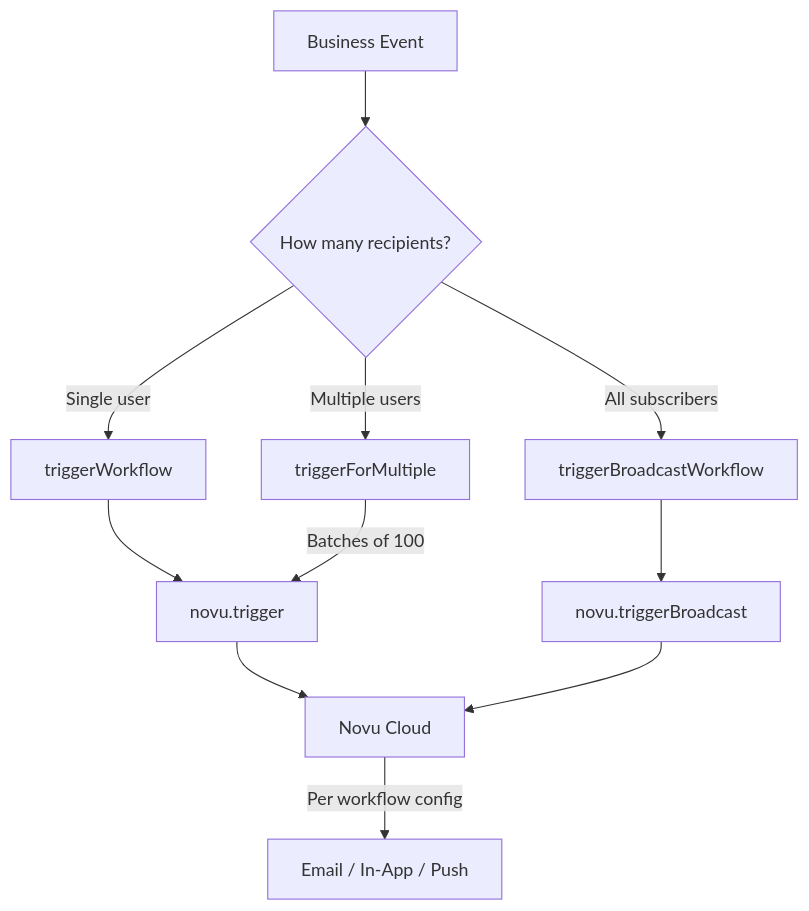
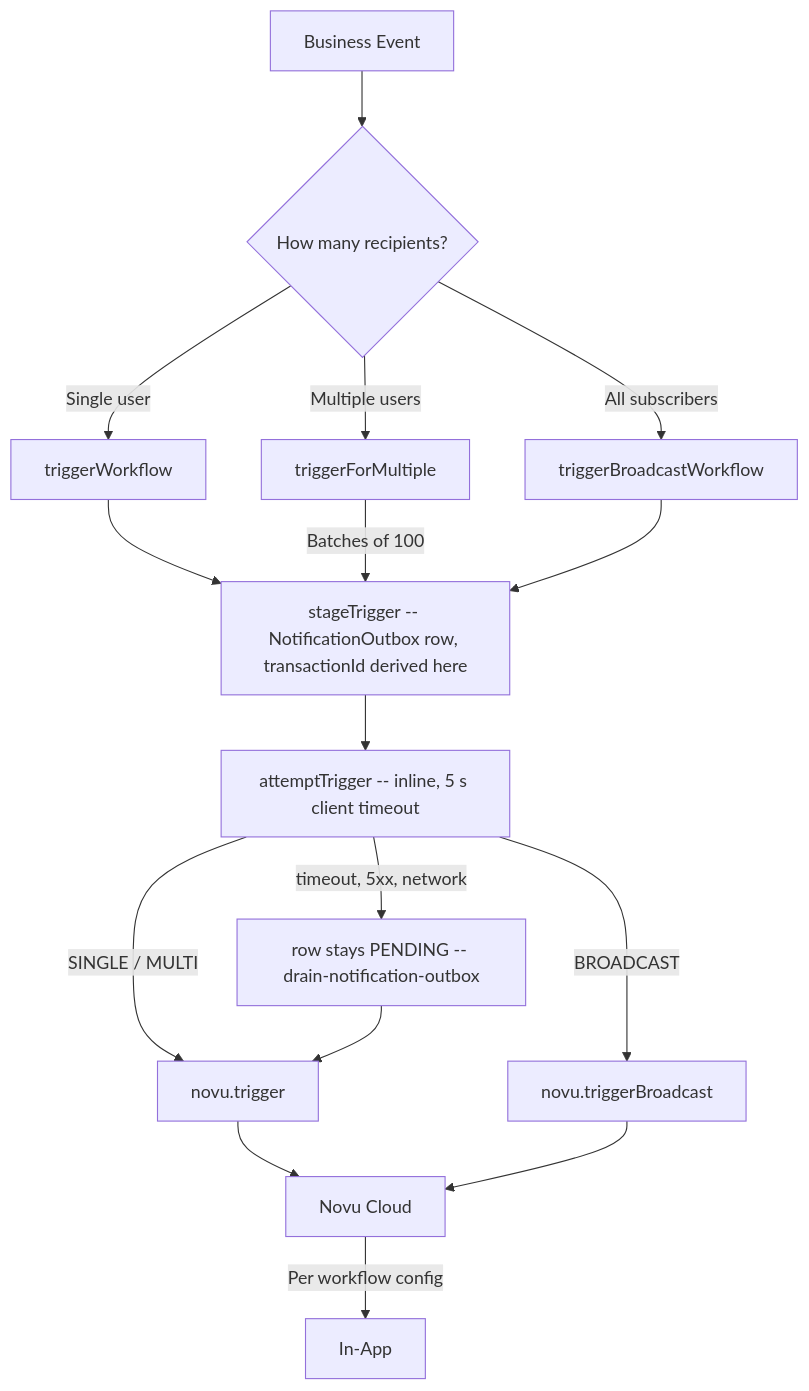
Before and after one commit to Practitionist/familiarise_web: the fourth of 6 diagrams in docs/notifications/01-architecture.md, drawn with Mermaid. The commit also changed other lines of this file and 6 other files, not shown here.

First line of the commit message:
docs(notifications): the two-phase deliver, the Novu outbox, the relays on the ticker and the budgets (#1654)

````diff
--- a/docs/notifications/01-architecture.md
+++ b/docs/notifications/01-architecture.md
@@ -165,15 +190,20 @@
 ```mermaid
 graph TD
     A[Business Event] --> B{How many recipients?}
     B -->|Single user| C[triggerWorkflow]
     B -->|Multiple users| D[triggerForMultiple]
     B -->|All subscribers| E[triggerBroadcastWorkflow]
 
-    C --> F[novu.trigger]
-    D -->|Batches of 100| F
-    E --> G[novu.triggerBroadcast]
+    C --> S[stageTrigger -- NotificationOutbox row, transactionId derived here]
+    D -->|Batches of 100| S
+    E --> S
+    S --> T[attemptTrigger -- inline, 5 s client timeout]
+    T -->|SINGLE / MULTI| F[novu.trigger]
+    T -->|BROADCAST| G[novu.triggerBroadcast]
+    T -->|timeout, 5xx, network| R[row stays PENDING -- drain-notification-outbox]
+    R --> F
 
     F --> H[Novu Cloud]
     G --> H
-    H -->|Per workflow config| I[Email / In-App / Push]
+    H -->|Per workflow config| I[In-App]
 ```
````
